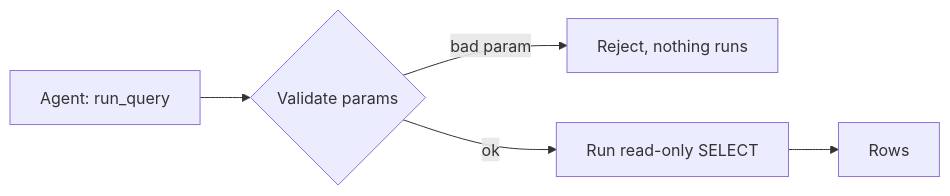
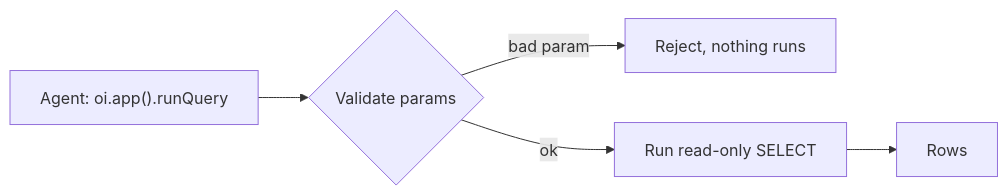
Before and after one commit to lukaisailovic/openislands: the diagram in apps/docs/content/docs/data/queries.mdx, drawn with Mermaid. The commit also changed other lines of this file and 45 other files, not shown here.

````diff
--- a/apps/docs/content/docs/data/queries.mdx
+++ b/apps/docs/content/docs/data/queries.mdx
@@ -12,7 +12,7 @@
 ```mermaid
 flowchart LR
-  A[Agent: run_query] --> V{Validate params}
+  A["Agent: oi.app().runQuery"] --> V{Validate params}
   V -- bad param --> X[Reject, nothing runs]
   V -- ok --> S[Run read-only SELECT]
   S --> R[Rows]
 ```
````
